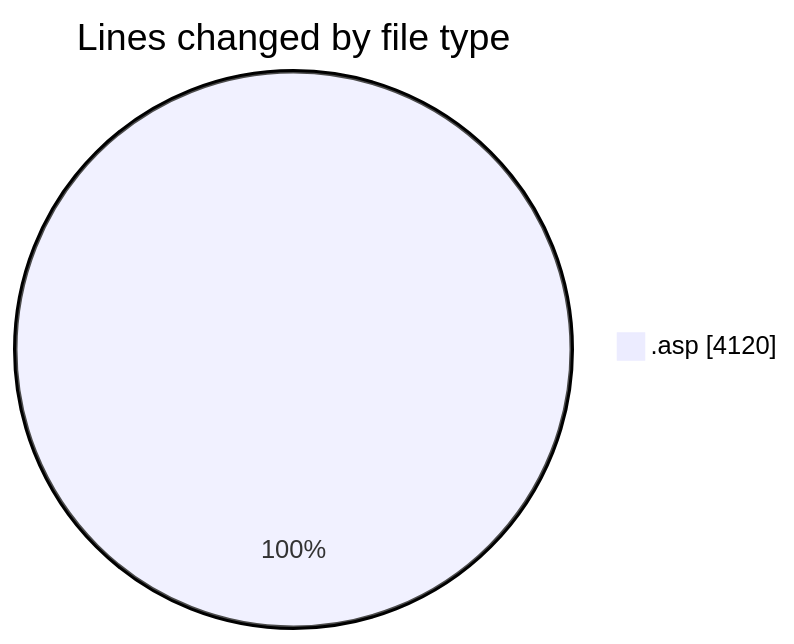
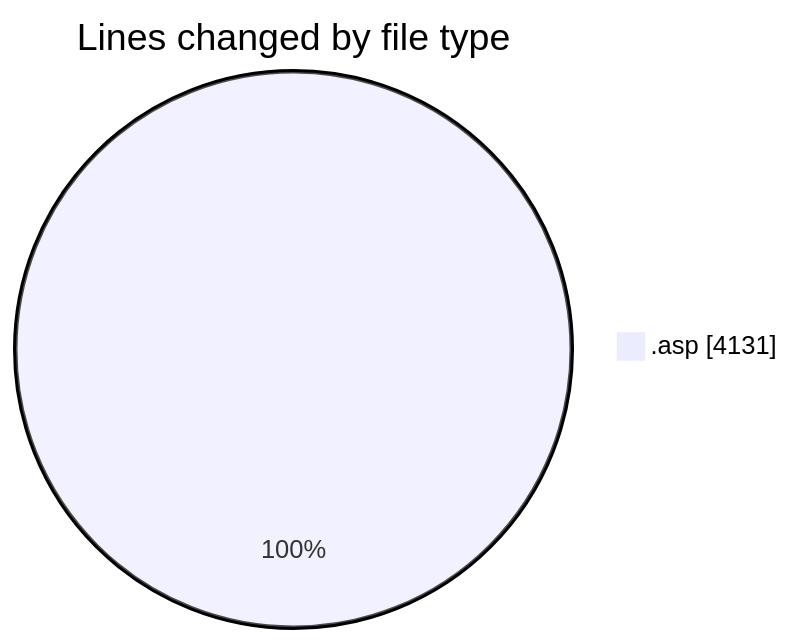
One commit to julien-gomy/code-tracking changed the first of 2 diagrams in 2025-11-20/cdp_aleoudev_fr__workspace_/README.md. Above: the diagram before and after it, drawn with Mermaid. The commit also changed other lines of this file and 1 other file, not shown here.

````diff
--- a/2025-11-20/cdp_aleoudev_fr__workspace_/README.md
+++ b/2025-11-20/cdp_aleoudev_fr__workspace_/README.md
@@ -27,5 +27,5 @@
 ```mermaid
 pie showData
 title Lines changed by file type
-".asp" : 4120
+".asp" : 4131
 ```
````
